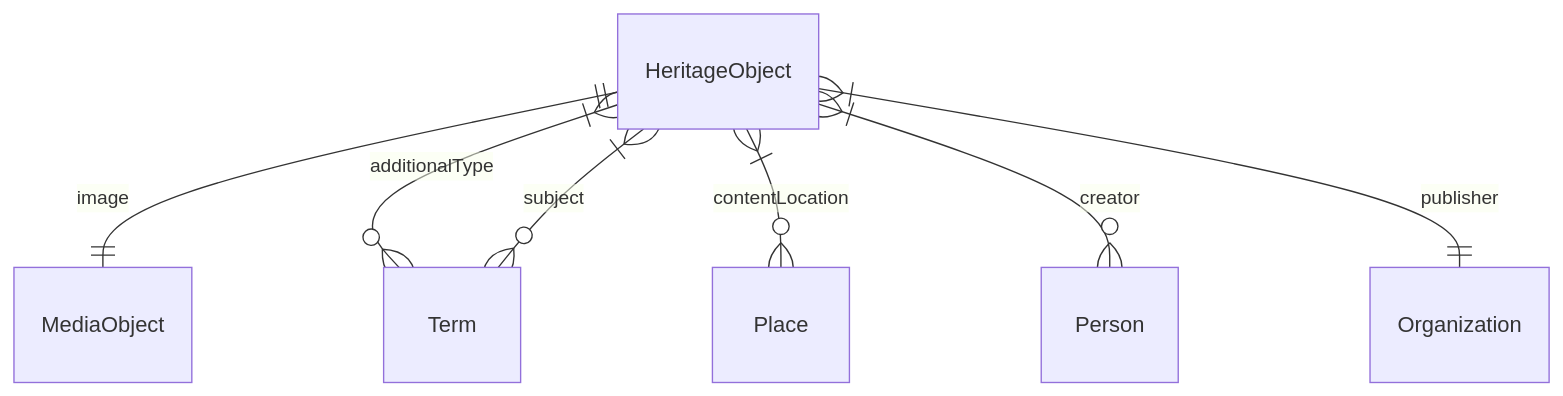
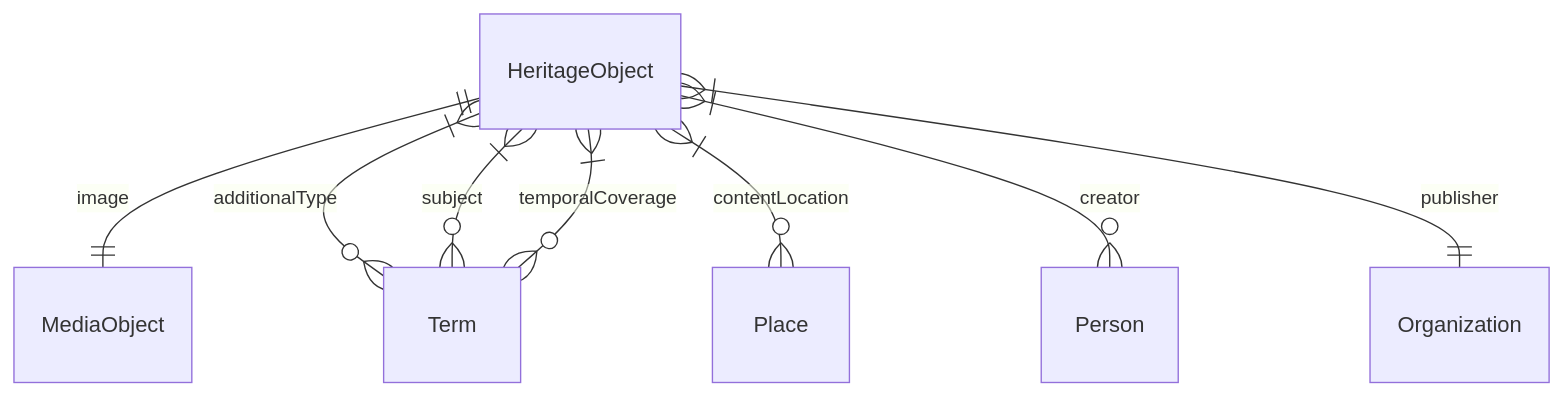
One commit to netwerk-digitaal-erfgoed/interface-usable-visible changed the diagram in heritageflix/frontend/v2/datamodel.md. Above: the diagram before and after it, drawn with Mermaid. The commit also changed other lines of this file, not shown here.

````diff
--- a/heritageflix/frontend/v2/datamodel.md
+++ b/heritageflix/frontend/v2/datamodel.md
@@ -78,9 +79,10 @@
 ```mermaid
 erDiagram
  		HeritageObject ||--|| MediaObject : image
 		HeritageObject |{--}o Term : additionalType
 		HeritageObject |{--}o Term : subject
+		HeritageObject |{--}o Term : temporalCoverage
 		HeritageObject |{--}o Place : contentLocation
 		HeritageObject |{--}o Person : creator
     HeritageObject |{--|| Organization : publisher
 ```
````
